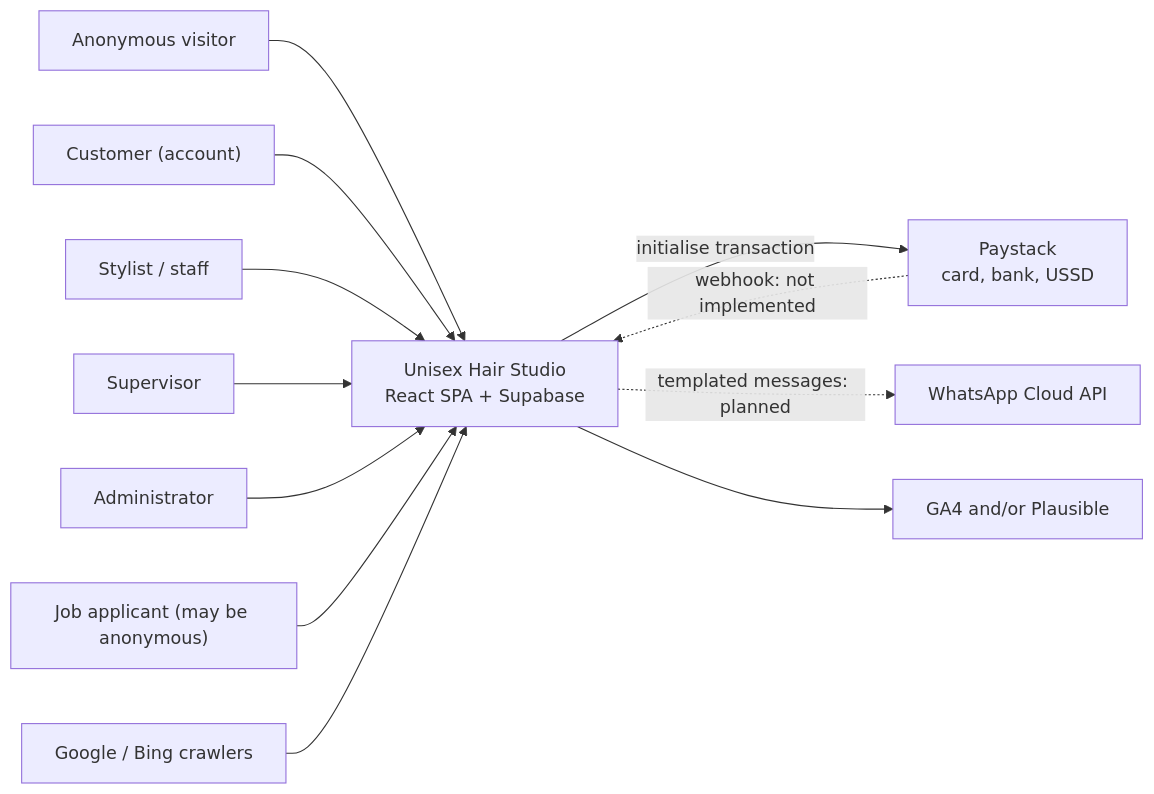
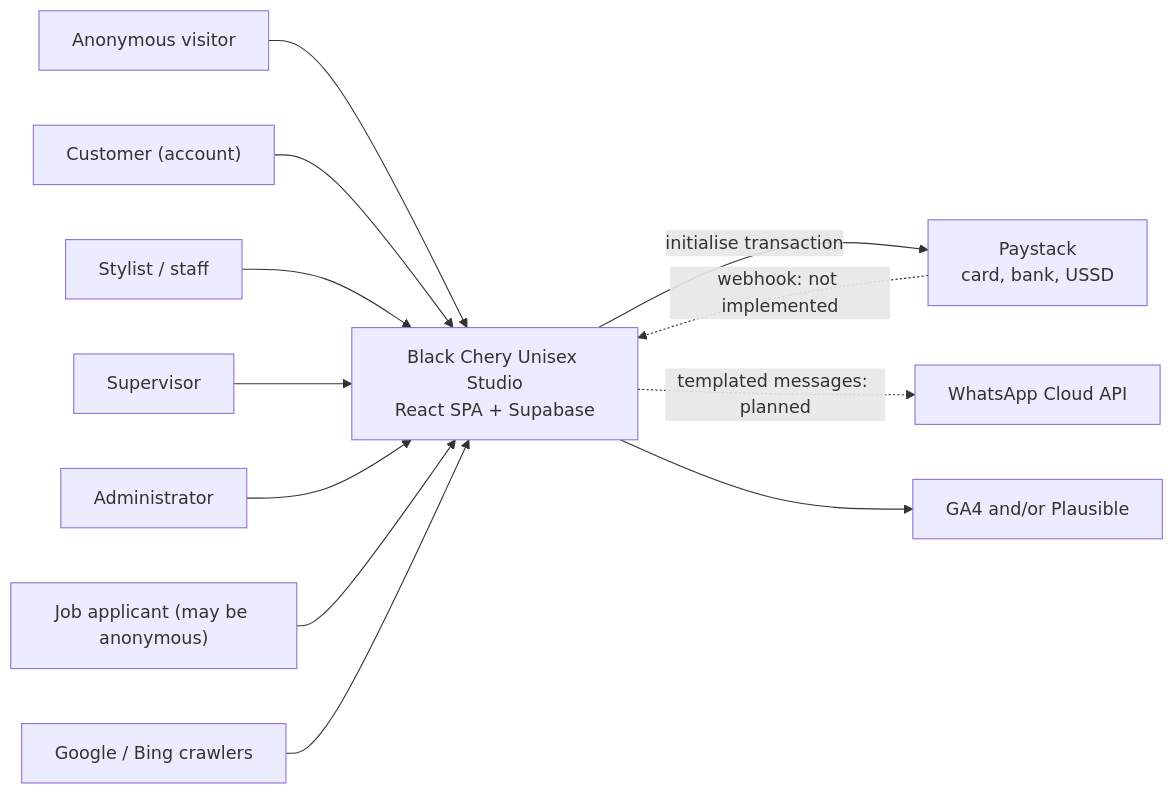
Before and after one commit to jahseed89/unisex: the first of 4 diagrams in docs/01-system-architecture.md, drawn with Mermaid. The commit also changed other lines of this file and 71 other files, not shown here.

First line of the commit message:
﻿Rebrand to Black Chery Unisex Studio; name Wisdom Ocran as proprietor

````diff
--- a/docs/01-system-architecture.md
+++ b/docs/01-system-architecture.md
@@ -10,29 +10,29 @@
 ```mermaid
 flowchart LR
   Visitor["Anonymous visitor"]
   Customer["Customer (account)"]
   Staff["Stylist / staff"]
   Supervisor["Supervisor"]
   Admin["Administrator"]
   Applicant["Job applicant (may be anonymous)"]
 
-  Studio["Unisex Hair Studio<br/>React SPA + Supabase"]
+  Studio["Black Chery Unisex Studio<br/>React SPA + Supabase"]
 
   Paystack["Paystack<br/>card, bank, USSD"]
   WhatsApp["WhatsApp Cloud API"]
   Analytics["GA4 and/or Plausible"]
   Search["Google / Bing crawlers"]
 
   Visitor --> Studio
   Customer --> Studio
   Staff --> Studio
   Supervisor --> Studio
   Admin --> Studio
   Applicant --> Studio
 
   Studio -->|"initialise transaction"| Paystack
   Paystack -.->|"webhook: not implemented"| Studio
   Studio -.->|"templated messages: planned"| WhatsApp
   Studio --> Analytics
   Search --> Studio
 ```
````
